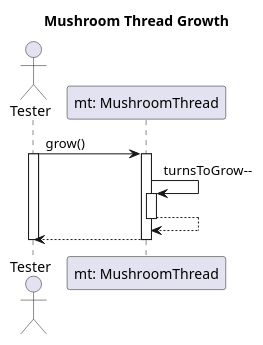
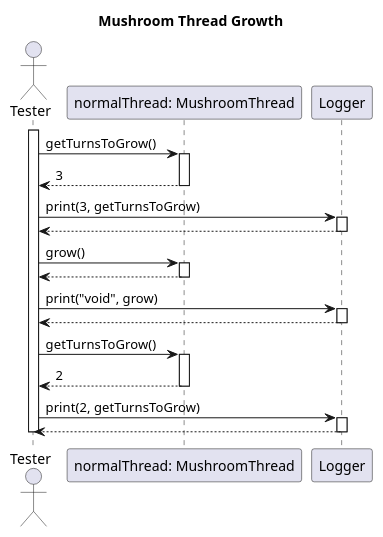
Before and after one commit to dzsem/projlab: the diagram in diagrams/test-sequence/mushroom/mushroomThreadGrowth.wsd, drawn with PlantUML.

Commit message:
Fixed growth

```diff
--- a/diagrams/test-sequence/mushroom/mushroomThreadGrowth.wsd
+++ b/diagrams/test-sequence/mushroom/mushroomThreadGrowth.wsd
@@ -1,23 +1,45 @@
 @startuml Mushroom Thread Growth
 
 title Mushroom Thread Growth
 
 actor "Tester" as tester
-participant "mt: MushroomThread" as mt
+participant "normalThread: MushroomThread" as nmt
+participant "Logger" as logger
 
-tester -> mt: grow() 
 activate tester
-activate mt
 
-mt -> mt: turnsToGrow--
-activate mt
-mt --> mt
-deactivate mt
+tester -> nmt: getTurnsToGrow()
+activate nmt
+nmt --> tester: 3
+deactivate nmt
 
-mt --> tester
-deactivate mt
+tester -> logger: print(3, getTurnsToGrow) 
+activate logger
+logger --> tester
+deactivate logger
+
+tester -> nmt: grow() 
+activate nmt
+nmt --> tester
+deactivate nmt
+
+tester -> logger: print("void", grow) 
+activate logger
+logger --> tester
+deactivate logger
+
+tester -> nmt: getTurnsToGrow()
+activate nmt
+nmt --> tester: 2
+deactivate nmt
+
+tester -> logger: print(2, getTurnsToGrow) 
+activate logger
+logger --> tester
+deactivate logger
+
 deactivate tester
 
 
 
 @enduml
```
